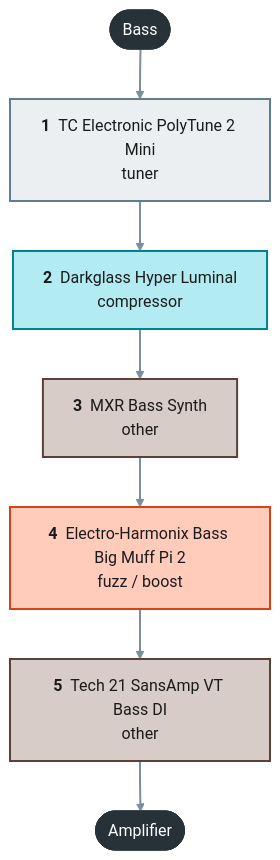
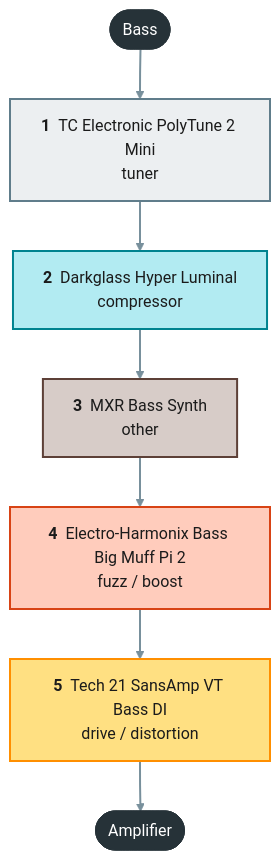
Before and after one commit to pedroacvieira/pedalboard: the first of 2 diagrams in projects/bass/README.md, drawn with Mermaid. The commit also changed other lines of this file and 5 other files, not shown here.

````diff
--- a/projects/bass/README.md
+++ b/projects/bass/README.md
@@ -17,17 +11,18 @@
 ```mermaid
 flowchart TB
     guitar(["Bass"]):::endpoint
     polytune_2_mini["<b>1</b> &nbsp;TC Electronic PolyTune 2 Mini<br/>tuner"]:::c_tuner
     darkglass_hyper_luminal["<b>2</b> &nbsp;Darkglass Hyper Luminal<br/>compressor"]:::c_compressor
     mxr_bass_synth["<b>3</b> &nbsp;MXR Bass Synth<br/>other"]:::c_other
     ehx_bass_big_muff_2["<b>4</b> &nbsp;Electro-Harmonix Bass Big Muff Pi 2<br/>fuzz / boost"]:::c_fuzz___boost
-    tech21_vt_bass_di["<b>5</b> &nbsp;Tech 21 SansAmp VT Bass DI<br/>other"]:::c_other
+    tech21_vt_bass_di["<b>5</b> &nbsp;Tech 21 SansAmp VT Bass DI<br/>drive / distortion"]:::c_drive___distortion
     amp(["Amplifier"]):::endpoint
     guitar --> polytune_2_mini --> darkglass_hyper_luminal --> mxr_bass_synth --> ehx_bass_big_muff_2 --> tech21_vt_bass_di --> amp
     classDef endpoint fill:#263238,stroke:#263238,color:#ffffff
     classDef c_tuner fill:#eceff1,stroke:#607d8b,stroke-width:2px,color:#1b1b1b
     classDef c_compressor fill:#b2ebf2,stroke:#00838f,stroke-width:2px,color:#1b1b1b
     classDef c_fuzz___boost fill:#ffccbc,stroke:#d84315,stroke-width:2px,color:#1b1b1b
+    classDef c_drive___distortion fill:#ffe082,stroke:#ff8f00,stroke-width:2px,color:#1b1b1b
     classDef c_other fill:#d7ccc8,stroke:#5d4037,stroke-width:2px,color:#1b1b1b
     linkStyle default stroke:#78909c,stroke-width:2px
 ```
````
